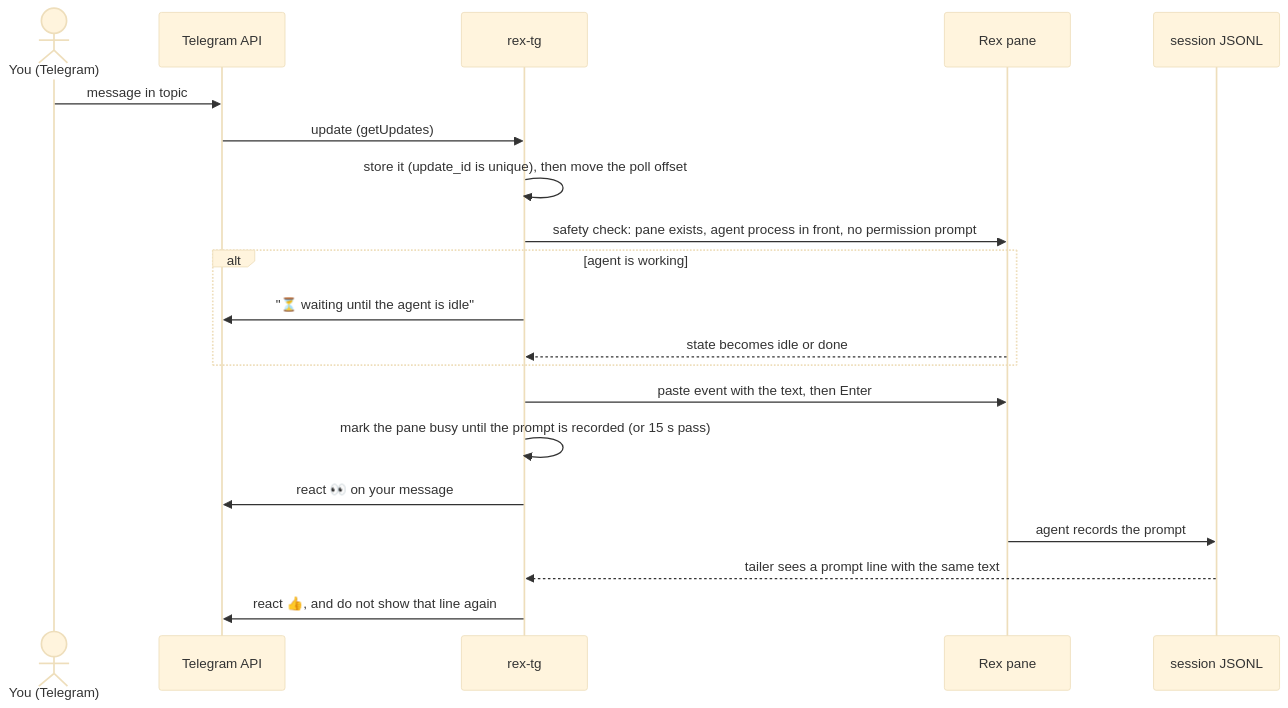
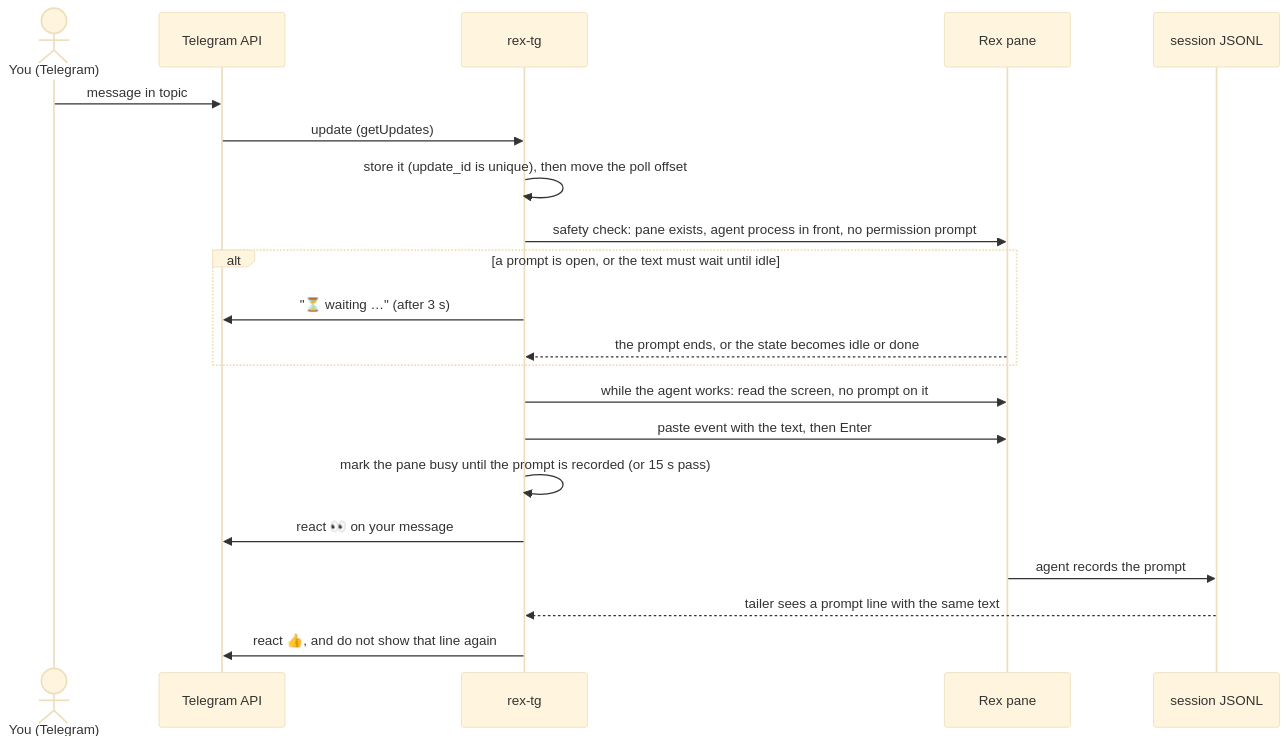
One commit to arrokh/rex-tg changed the third of 5 diagrams in docs/design.md. Above: the diagram before and after it, drawn with Mermaid (base theme). The commit also changed other lines of this file and 24 other files, not shown here.

First line of the commit message:
feat: messages steer a working agent; review fixes (#4)

````diff
--- a/docs/design.md
+++ b/docs/design.md
@@ -140,22 +140,23 @@
 ```mermaid
 sequenceDiagram
   actor U as You (Telegram)
   participant T as Telegram API
   participant B as rex-tg
   participant R as Rex pane
   participant F as session JSONL
   U->>T: message in topic
   T->>B: update (getUpdates)
   B->>B: store it (update_id is unique), then move the poll offset
   B->>R: safety check: pane exists, agent process in front, no permission prompt
-  alt agent is working
-    B->>T: "⏳ waiting until the agent is idle"
-    R-->>B: state becomes idle or done
+  alt a prompt is open, or the text must wait until idle
+    B->>T: "⏳ waiting …" (after 3 s)
+    R-->>B: the prompt ends, or the state becomes idle or done
   end
+  B->>R: while the agent works: read the screen, no prompt on it
   B->>R: paste event with the text, then Enter
   B->>B: mark the pane busy until the prompt is recorded (or 15 s pass)
   B->>T: react 👀 on your message
   R->>F: agent records the prompt
   F-->>B: tailer sees a prompt line with the same text
   B->>T: react 👍, and do not show that line again
 ```
````
